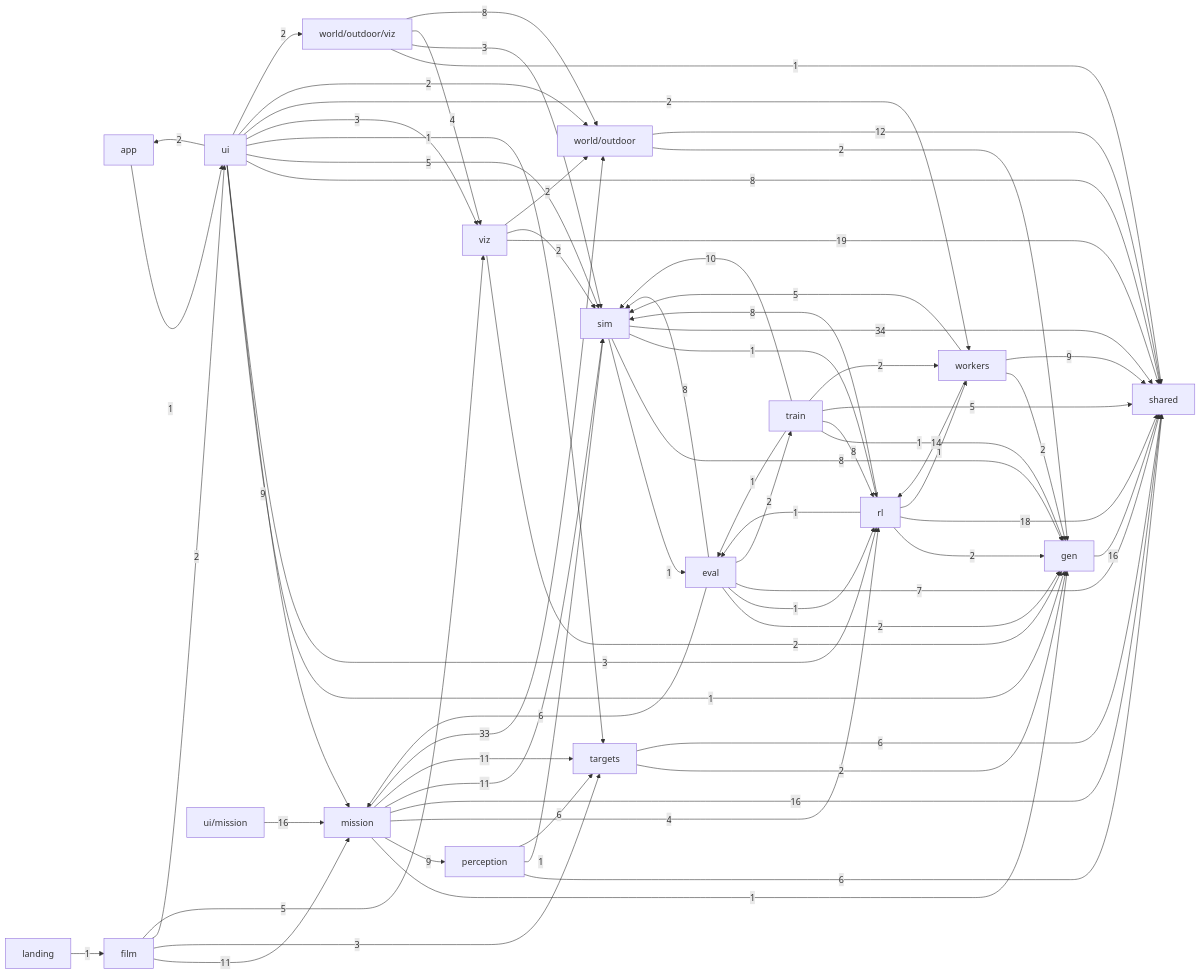
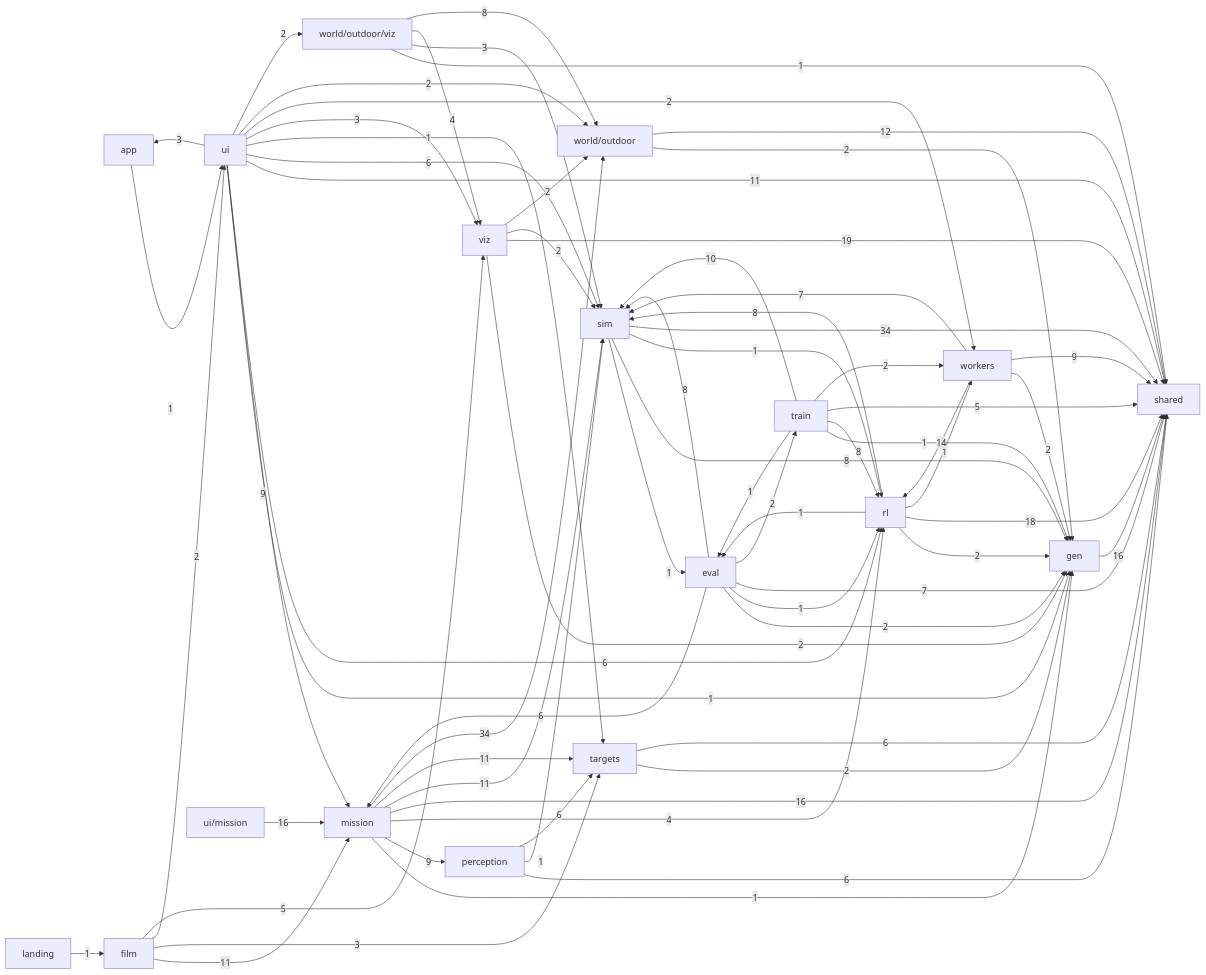
One commit to alexnieves-cs/frontier-fly changed the second of 2 diagrams in docs/ARCHITECTURE.md. Above: the diagram before and after it, drawn with Mermaid. The commit also changed other lines of this file and 3 other files, not shown here.

```diff
--- a/docs/ARCHITECTURE.md
+++ b/docs/ARCHITECTURE.md
@@ -111,7 +111,7 @@
   mission -->|16| shared
   mission -->|11| sim
   mission -->|11| targets
-  mission -->|33| world_outdoor
+  mission -->|34| world_outdoor
   perception -->|6| shared
   perception -->|1| sim
   perception -->|6| targets
@@ -133,12 +133,12 @@
   train -->|10| sim
   train -->|2| workers
   ui_mission -->|16| mission
-  ui -->|2| app
+  ui -->|3| app
   ui -->|1| gen
   ui -->|9| mission
-  ui -->|3| rl
-  ui -->|8| shared
-  ui -->|5| sim
+  ui -->|6| rl
+  ui -->|11| shared
+  ui -->|6| sim
   ui -->|1| targets
   ui -->|3| viz
   ui -->|2| workers
@@ -151,7 +151,7 @@
   workers -->|2| gen
   workers -->|14| rl
   workers -->|9| shared
-  workers -->|5| sim
+  workers -->|7| sim
   world_outdoor_viz -->|1| shared
   world_outdoor_viz -->|3| sim
   world_outdoor_viz -->|4| viz
```
